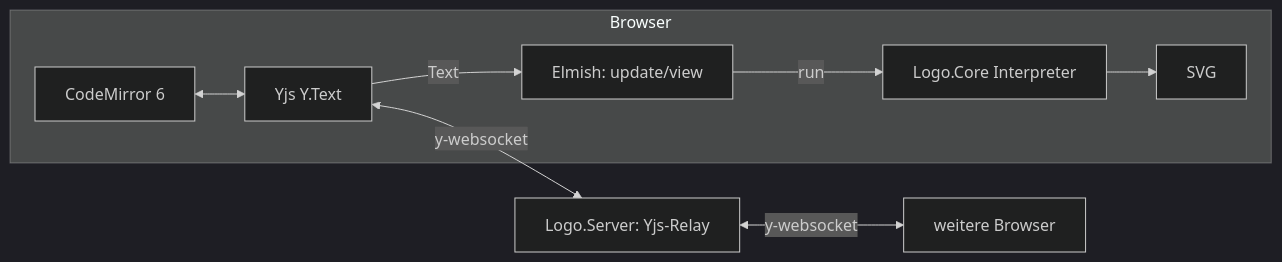
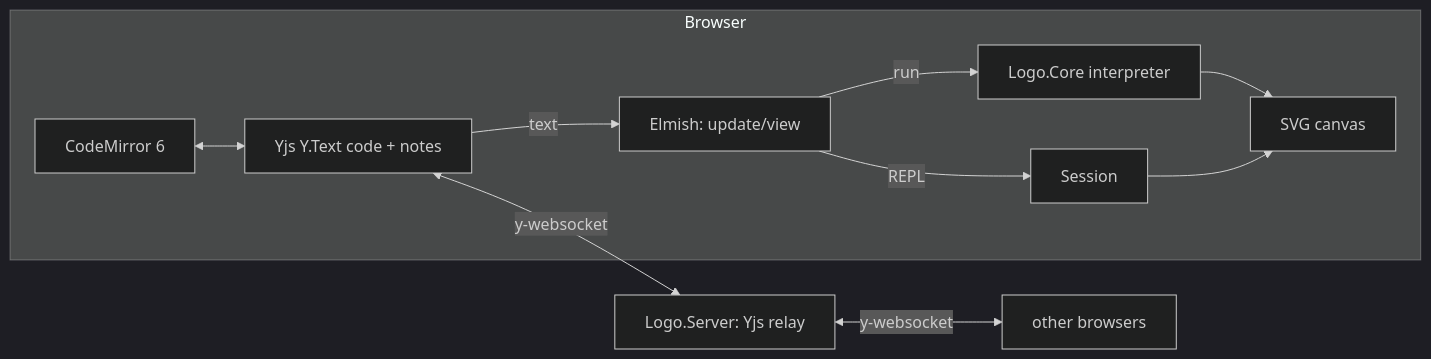
Before and after one commit to aurora/logocraft: the diagram in README.md, drawn with Mermaid (dark theme). The commit also changed other lines of this file and 16 other files, not shown here.

````diff
--- a/README.md
+++ b/README.md
@@ -25,11 +44,13 @@
 ```mermaid
 flowchart LR
   subgraph Browser
-    CM[CodeMirror 6] <--> Y[Yjs Y.Text]
-    Y -- Text --> MVU[Elmish: update/view]
-    MVU -- run --> Core[Logo.Core Interpreter]
-    Core --> SVG[SVG]
+    CM[CodeMirror 6] <--> Y[Yjs Y.Text code + notes]
+    Y -- text --> MVU[Elmish: update/view]
+    MVU -- run --> Core[Logo.Core interpreter]
+    Core --> SVG[SVG canvas]
+    MVU -- REPL --> Session[Session]
+    Session --> SVG
   end
-  Y <-- y-websocket --> Relay[Logo.Server: Yjs-Relay]
-  Relay <-- y-websocket --> Other[weitere Browser]
+  Y <-- y-websocket --> Relay[Logo.Server: Yjs relay]
+  Relay <-- y-websocket --> Other[other browsers]
 ```
````
